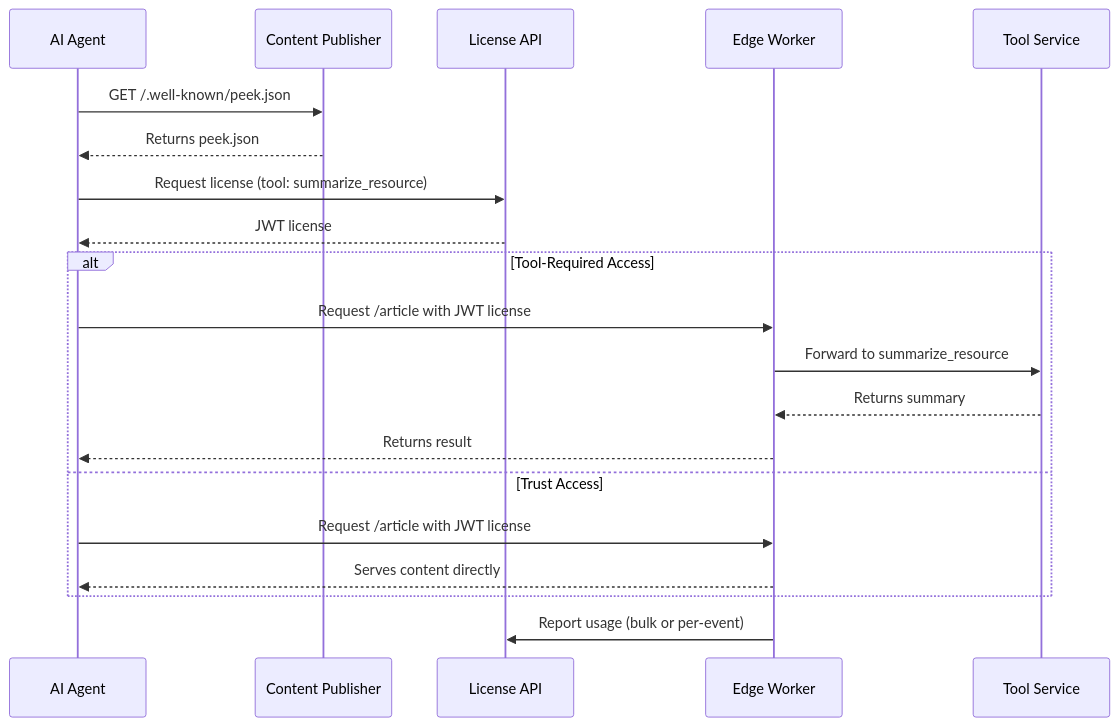
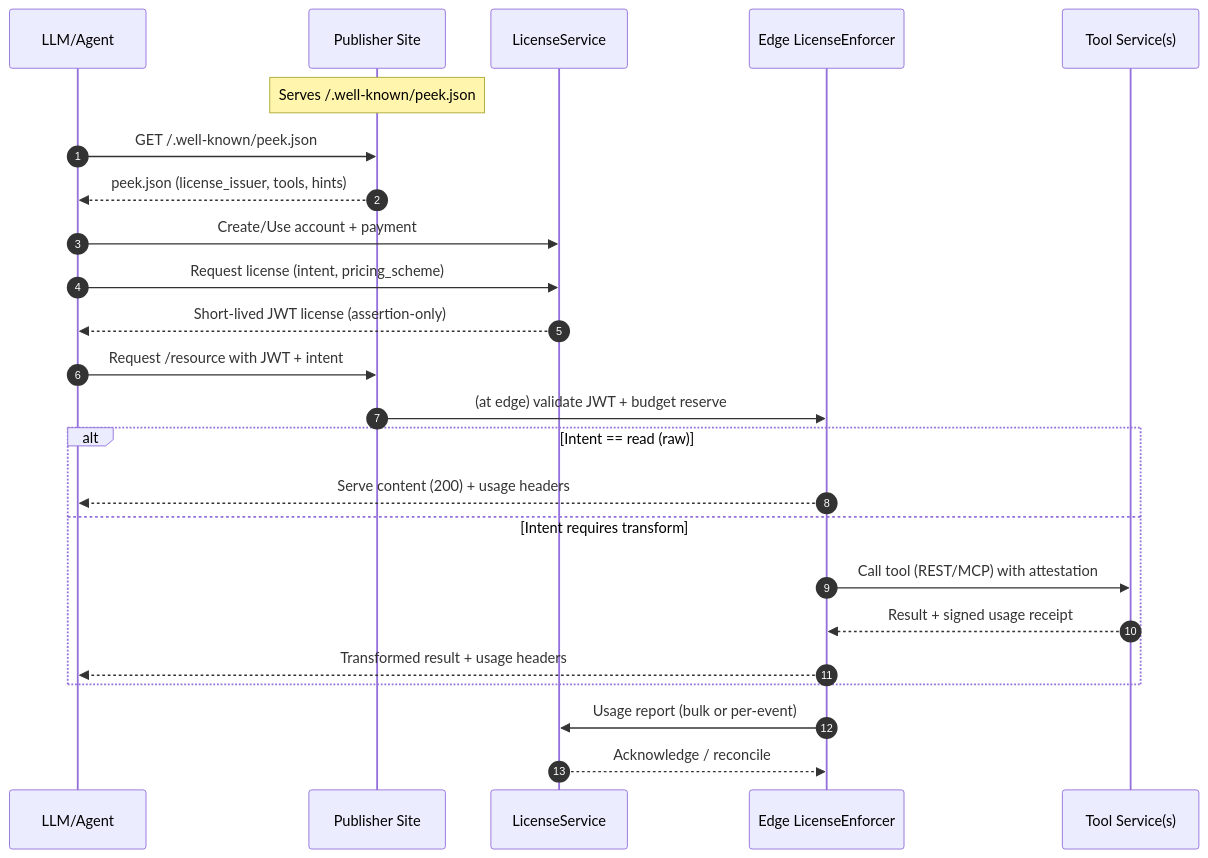
Before and after one commit to PeekThenPay/peek-json-spec: the diagram in README.md, drawn with Mermaid. The commit also changed other lines of this file and 32 other files, not shown here.

````diff
--- a/README.md
+++ b/README.md
@@ -245,25 +92,32 @@
 ```mermaid
 sequenceDiagram
-  participant AI as AI Agent
-  participant Publisher as Content Publisher
-  participant LicenseAPI as License API
-  participant Edge as Edge Worker
-  participant ToolService as Tool Service
+  autonumber
+  participant Agent as LLM/Agent
+  participant Pub as Publisher Site
+  participant Lic as LicenseService
+  participant Enf as Edge LicenseEnforcer
+  participant Tools as Tool Service(s)
 
-  AI->>Publisher: GET /.well-known/peek.json
-  Publisher-->>AI: Returns peek.json
+  Note over Pub: Serves /.well-known/peek.json
 
-  AI->>LicenseAPI: Request license (tool: summarize_resource)
-  LicenseAPI-->>AI: JWT license
+  Agent->>Pub: GET /.well-known/peek.json
+  Pub-->>Agent: peek.json (license_issuer, tools, hints)
 
-  alt Tool-Required Access
-    AI->>Edge: Request /article with JWT license
-    Edge->>ToolService: Forward to summarize_resource
-    ToolService-->>Edge: Returns summary
-    Edge-->>AI: Returns result
-  else Trust Access
-    AI->>Edge: Request /article with JWT license
-    Edge-->>AI: Serves content directly
+  Agent->>Lic: Create/Use account + payment
+  Agent->>Lic: Request license (intent, pricing_scheme)
+  Lic-->>Agent: Short‑lived JWT license (assertion‑only)
+
+  Agent->>Pub: Request /resource with JWT + intent
+  Pub->>Enf: (at edge) validate JWT + budget reserve
+
+  alt Intent == read (raw)
+    Enf-->>Agent: Serve content (200) + usage headers
+  else Intent requires transform
+    Enf->>Tools: Call tool (REST/MCP) with attestation
+    Tools-->>Enf: Result + signed usage receipt
+    Enf-->>Agent: Transformed result + usage headers
   end
-  Edge->>LicenseAPI: Report usage (bulk or per-event)
+
+  Enf->>Lic: Usage report (bulk or per‑event)
+  Lic-->>Enf: Acknowledge / reconcile
 ```
````
